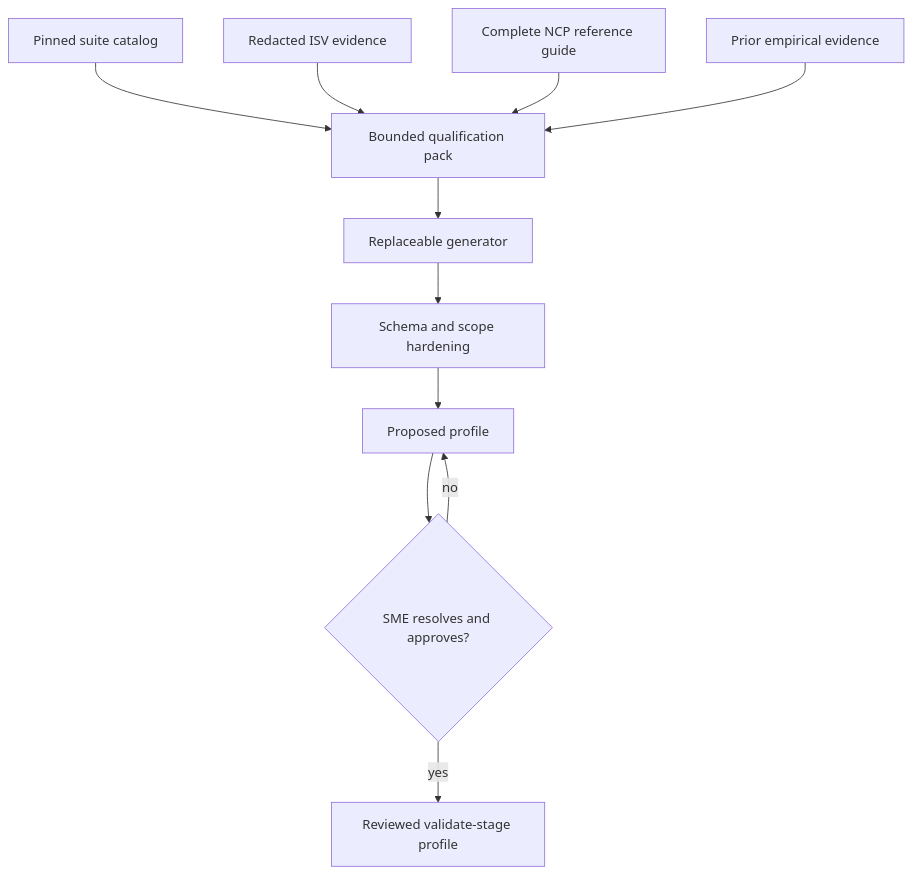
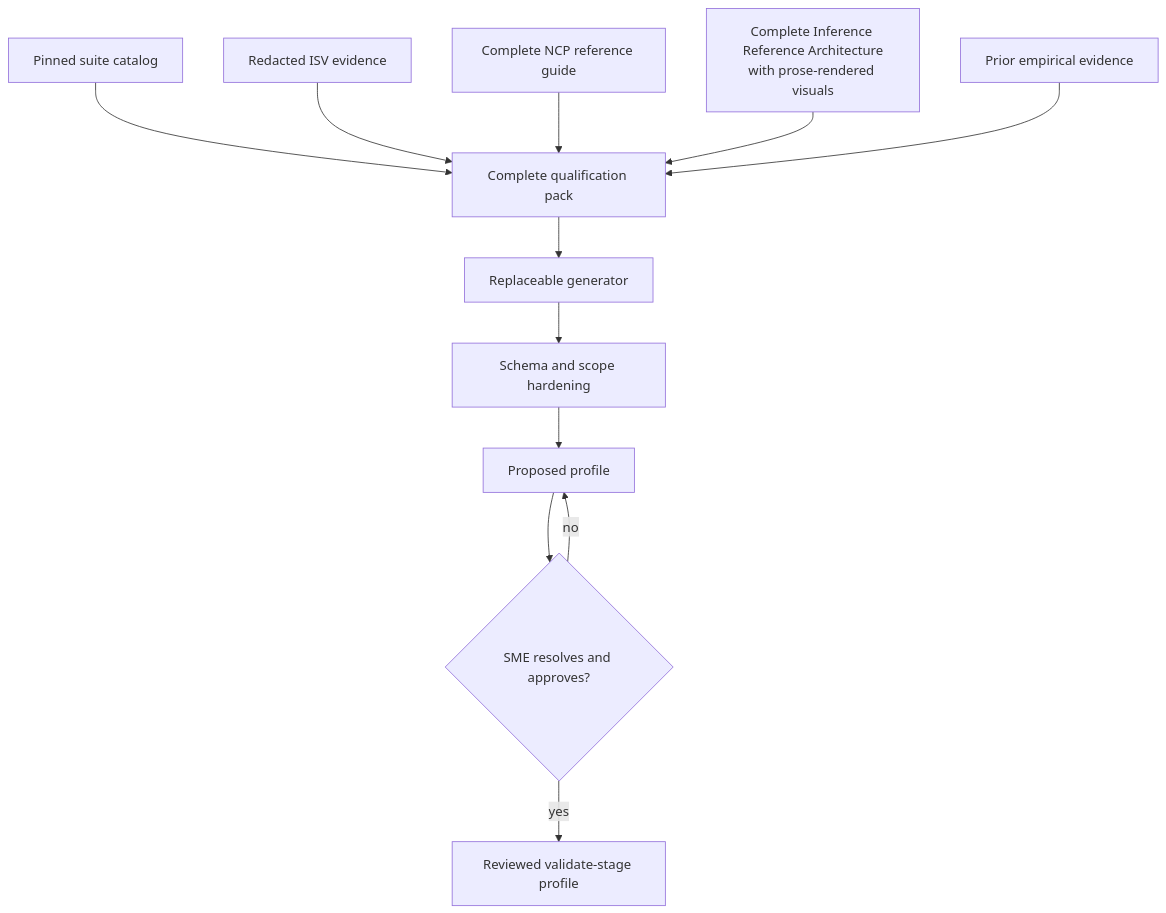
One commit to Gayatri-K26/isv-readiness changed the second of 3 diagrams in docs/architecture.md. Above: the diagram before and after it, drawn with Mermaid. The commit also changed other lines of this file and 23 other files, not shown here.

````diff
--- a/docs/architecture.md
+++ b/docs/architecture.md
@@ -52,13 +52,14 @@
 ```mermaid
 flowchart TD
-    Catalog[Pinned suite catalog] --> Pack[Bounded qualification pack]
+    Catalog[Pinned suite catalog] --> Pack[Complete qualification pack]
     Context[Redacted ISV evidence] --> Pack
     Guide[Complete NCP reference guide] --> Pack
+    InferenceRA[Complete Inference Reference Architecture<br/>with prose-rendered visuals] --> Pack
     Runs[Prior empirical evidence] --> Pack
     Pack --> Generator[Replaceable generator]
     Generator --> Harden[Schema and scope hardening]
     Harden --> Proposal[Proposed profile]
     Proposal --> SME{SME resolves and approves?}
     SME -- no --> Proposal
     SME -- yes --> Active[Reviewed validate-stage profile]
 ```
````
